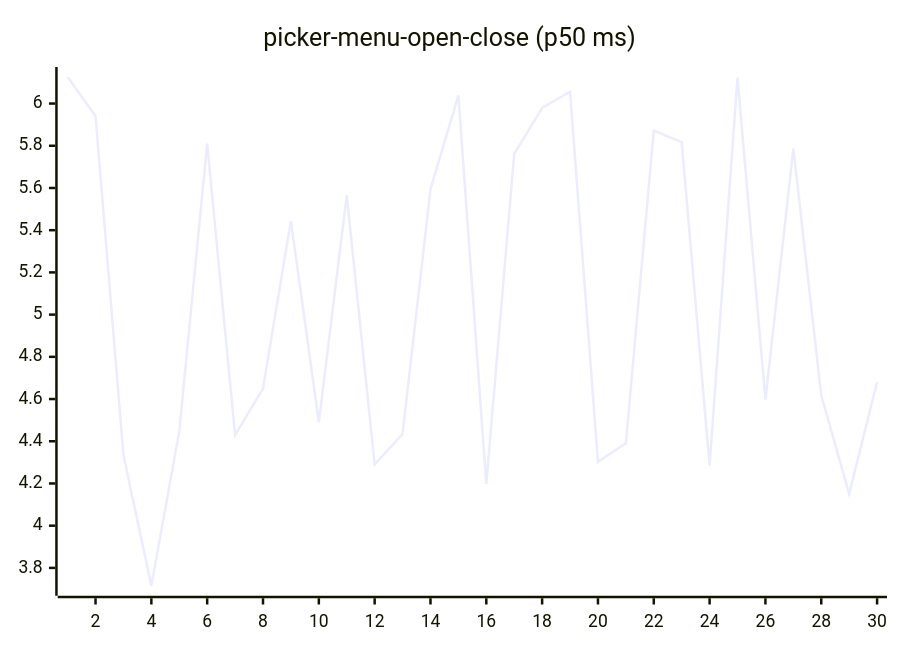
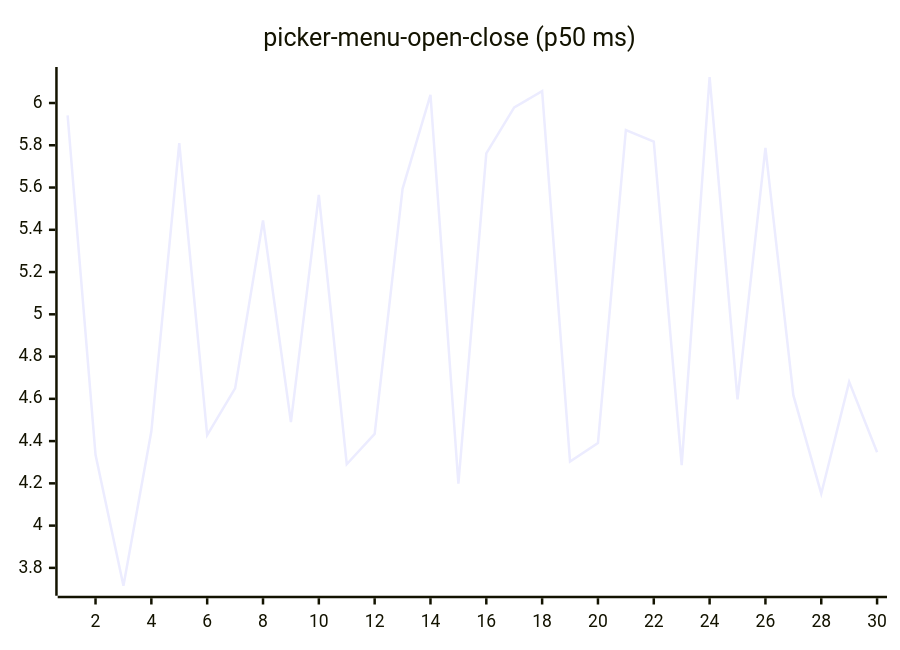
Diagram 16 of 27 in README.md (josha/Facet), drawn with Mermaid before and after one commit. The commit also changed other lines of this file and 2 other files, not shown here.

````diff
--- a/README.md
+++ b/README.md
@@ -168,6 +168,6 @@
 ```mermaid
 xychart-beta
     title "picker-menu-open-close (p50 ms)"
     x-axis 1 --> 30
-    line [6.1258, 5.9413, 4.3353, 3.7154, 4.4466, 5.8101, 4.4287, 4.6495, 5.4442, 4.4899, 5.5654, 4.2905, 4.4342, 5.5941, 6.0384, 4.1981, 5.7619, 5.9791, 6.0560, 4.3027, 4.3902, 5.8724, 5.8169, 4.2859, 6.1231, 4.5970, 5.7880, 4.6174, 4.1511, 4.6804]
+    line [5.9413, 4.3353, 3.7154, 4.4466, 5.8101, 4.4287, 4.6495, 5.4442, 4.4899, 5.5654, 4.2905, 4.4342, 5.5941, 6.0384, 4.1981, 5.7619, 5.9791, 6.0560, 4.3027, 4.3902, 5.8724, 5.8169, 4.2859, 6.1231, 4.5970, 5.7880, 4.6174, 4.1511, 4.6804, 4.3471]
 ```
````
